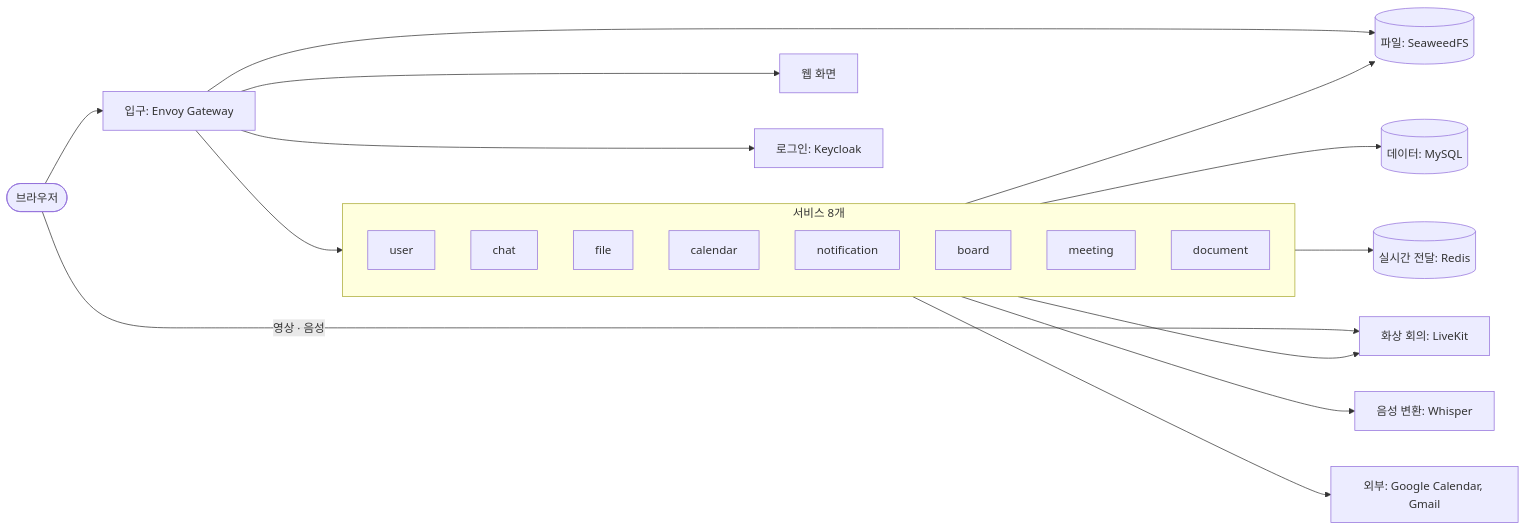
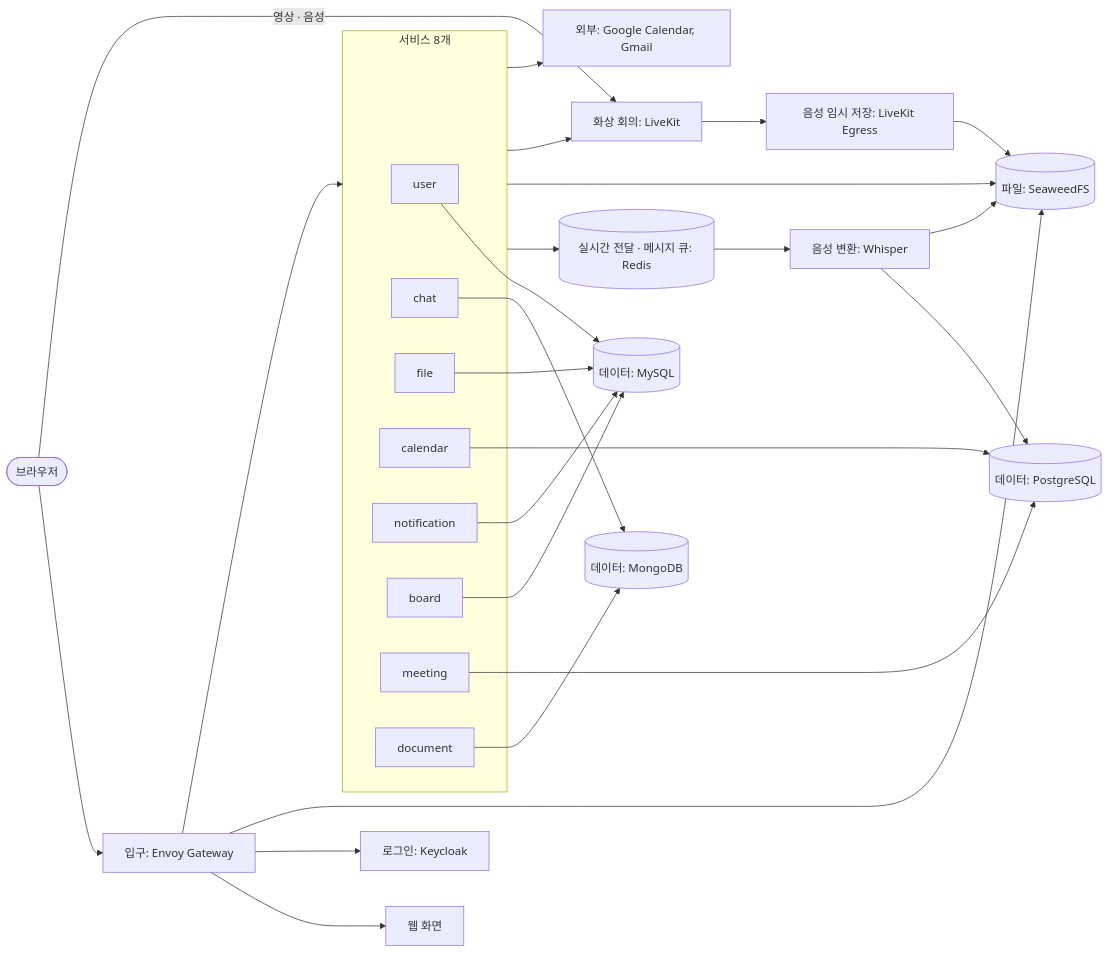
Before and after one commit to ktcloud-cloudnative-2026/team03-HelloCloud: the second of 5 diagrams in docs/architecture.md, drawn with Mermaid. The commit also changed other lines of this file and 2 other files, not shown here.

````diff
--- a/docs/architecture.md
+++ b/docs/architecture.md
@@ -24,25 +24,31 @@
 ```mermaid
 flowchart LR
   subgraph apps[서비스 8개]
     us[user]
     cs[chat]
     fs[file]
     cal[calendar]
     ns[notification]
     bs[board]
     ms[meeting]
     ds[document]
   end
   user([브라우저]) --> gw[입구: Envoy Gateway]
   user -->|영상 · 음성| lk[화상 회의: LiveKit]
   gw --> web[웹 화면]
   gw --> kc[로그인: Keycloak]
   gw --> apps
   gw --> sw[(파일: SeaweedFS)]
-  apps --> db[(데이터: MySQL)]
-  apps --> rd[(실시간 전달: Redis)]
+  us & fs & ns & bs --> my[(데이터: MySQL)]
+  cal & ms --> pg[(데이터: PostgreSQL)]
+  cs & ds --> mg[(데이터: MongoDB)]
+  apps --> rd[(실시간 전달 · 메시지 큐: Redis)]
   apps --> sw
   apps --> lk
-  apps --> wh[음성 변환: Whisper]
+  rd --> wh[음성 변환: Whisper]
+  wh --> pg
+  lk --> eg[음성 임시 저장: LiveKit Egress]
+  eg --> sw
+  wh --> sw
   apps --> ext[외부: Google Calendar, Gmail]
 ```
````
